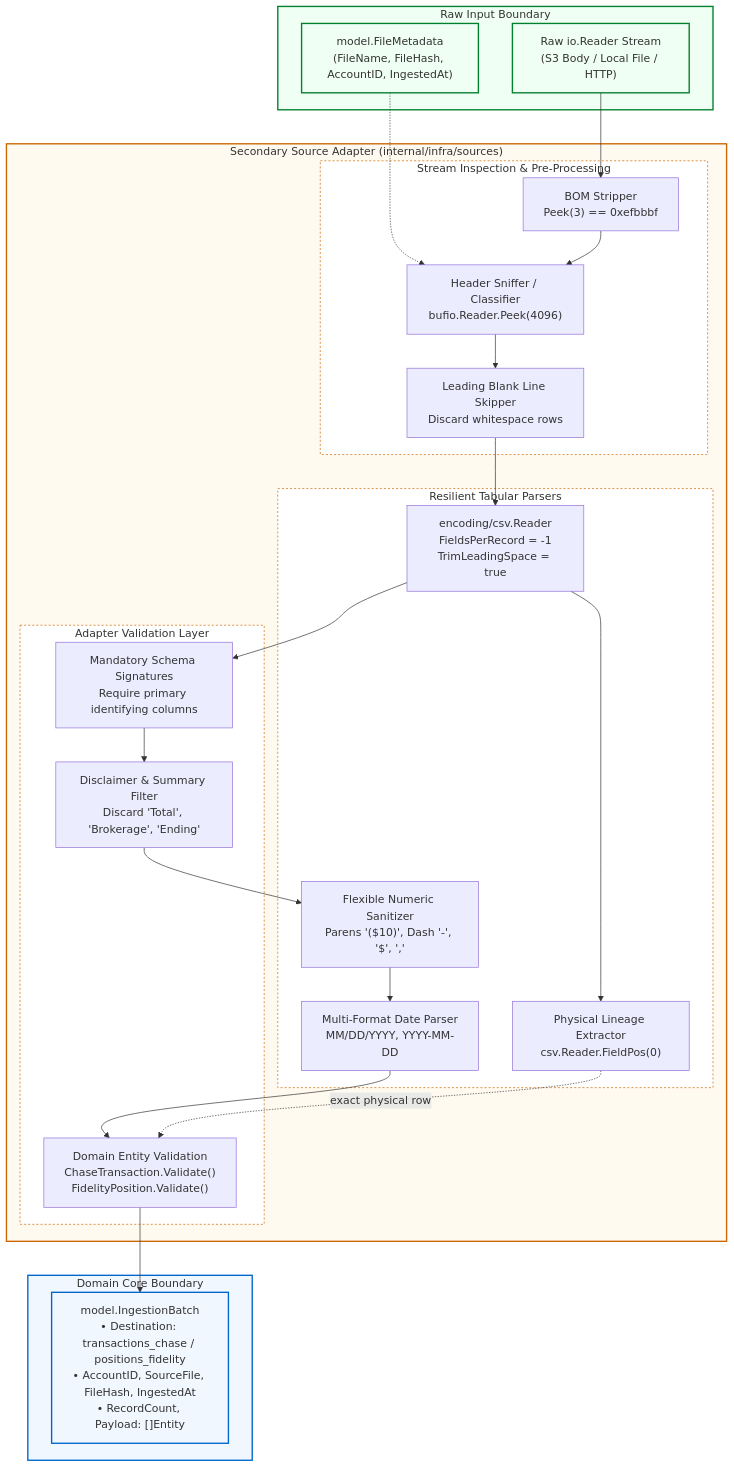
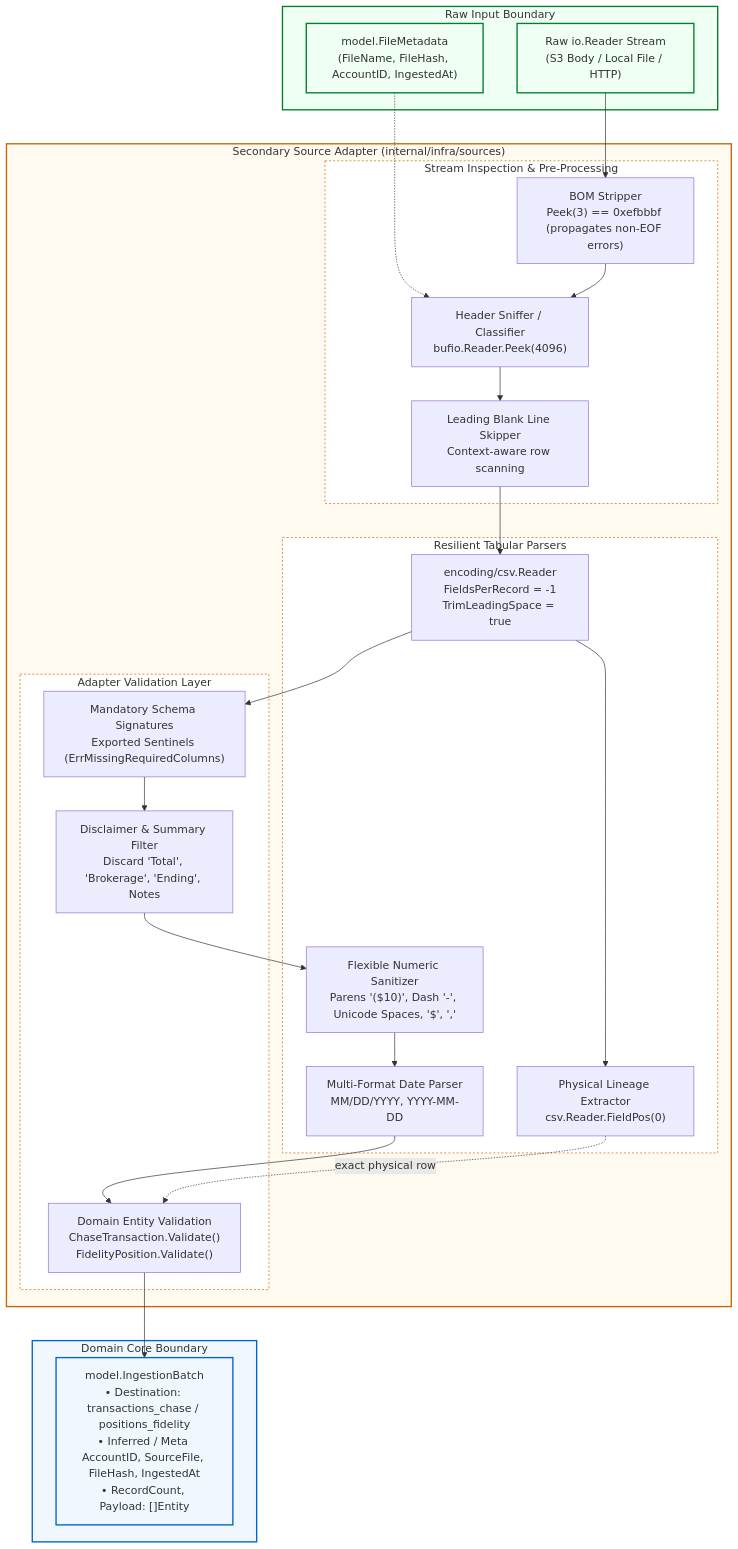
The first of 2 diagrams in docs/specs/hexagonal-ingestion-adapters.md (ajponte/babylon_data_loader), drawn with Mermaid before and after one commit. The commit also changed other lines of this file and 4 other files, not shown here.

Commit message:
feat(sources): fidelity portfolio positions extractor (Phase 2B) (#42)

````diff
--- a/docs/specs/hexagonal-ingestion-adapters.md
+++ b/docs/specs/hexagonal-ingestion-adapters.md
@@ -54,60 +59,60 @@
 ```mermaid
 flowchart TD
     %% Input Sources
     subgraph StreamInput ["Raw Input Boundary"]
         R_STREAM["Raw io.Reader Stream<br/>(S3 Body / Local File / HTTP)"]
         F_META["model.FileMetadata<br/>(FileName, FileHash, AccountID, IngestedAt)"]
     end
 
     %% Ingestion Adapter Boundary
     subgraph AdapterBoundary ["Secondary Source Adapter (internal/infra/sources)"]
         subgraph Classification ["Stream Inspection & Pre-Processing"]
-            BOM["BOM Stripper<br/>Peek(3) == 0xefbbbf"]
+            BOM["BOM Stripper<br/>Peek(3) == 0xefbbbf (propagates non-EOF errors)"]
             PEEK["Header Sniffer / Classifier<br/>bufio.Reader.Peek(4096)"]
-            SCAN["Leading Blank Line Skipper<br/>Discard whitespace rows"]
+            SCAN["Leading Blank Line Skipper<br/>Context-aware row scanning"]
         end
 
         subgraph Parsers ["Resilient Tabular Parsers"]
             CSV_R["encoding/csv.Reader<br/>FieldsPerRecord = -1<br/>TrimLeadingSpace = true"]
             POS["Physical Lineage Extractor<br/>csv.Reader.FieldPos(0)"]
-            NUM["Flexible Numeric Sanitizer<br/>Parens '($10)', Dash '-', '$', ','"]
+            NUM["Flexible Numeric Sanitizer<br/>Parens '($10)', Dash '-', Unicode Spaces, '$', ','"]
             DATE["Multi-Format Date Parser<br/>MM/DD/YYYY, YYYY-MM-DD"]
         end
 
         subgraph Validation ["Adapter Validation Layer"]
-            SIG["Mandatory Schema Signatures<br/>Require primary identifying columns"]
-            DISC["Disclaimer & Summary Filter<br/>Discard 'Total', 'Brokerage', 'Ending'"]
+            SIG["Mandatory Schema Signatures<br/>Exported Sentinels (ErrMissingRequiredColumns)"]
+            DISC["Disclaimer & Summary Filter<br/>Discard 'Total', 'Brokerage', 'Ending', Notes"]
             ENT_VAL["Domain Entity Validation<br/>ChaseTransaction.Validate()<br/>FidelityPosition.Validate()"]
         end
     end
 
     %% Domain Output Boundary
     subgraph OutputBoundary ["Domain Core Boundary"]
-        BATCH["model.IngestionBatch<br/>• Destination: transactions_chase / positions_fidelity<br/>• AccountID, SourceFile, FileHash, IngestedAt<br/>• RecordCount, Payload: []Entity"]
+        BATCH["model.IngestionBatch<br/>• Destination: transactions_chase / positions_fidelity<br/>• Inferred / Meta AccountID, SourceFile, FileHash, IngestedAt<br/>• RecordCount, Payload: []Entity"]
     end
 
     %% Flow connections
     R_STREAM --> BOM
     F_META -.-> PEEK
     BOM --> PEEK
     PEEK --> SCAN
     SCAN --> CSV_R
     CSV_R --> POS
     CSV_R --> SIG
     SIG --> DISC
     DISC --> NUM
     NUM --> DATE
     DATE --> ENT_VAL
     POS -.->|"exact physical row"| ENT_VAL
     ENT_VAL --> BATCH
 
     classDef input fill:#f0fff4,stroke:#00802b,stroke-width:2px;
     classDef adapter fill:#fffaf0,stroke:#cc6600,stroke-width:2px;
     classDef domain fill:#f0f7ff,stroke:#0066cc,stroke-width:2px;
     classDef sub fill:#ffffff,stroke:#cc6600,stroke-width:1px,stroke-dasharray: 3 3;
 
     class StreamInput,R_STREAM,F_META input;
     class AdapterBoundary adapter;
     class Classification,Parsers,Validation sub;
     class OutputBoundary,BATCH domain;
 ```
````
